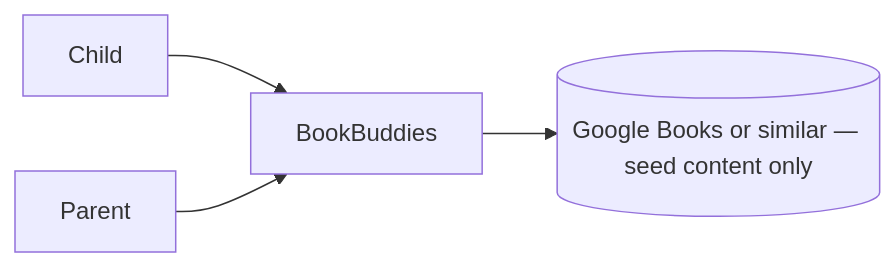
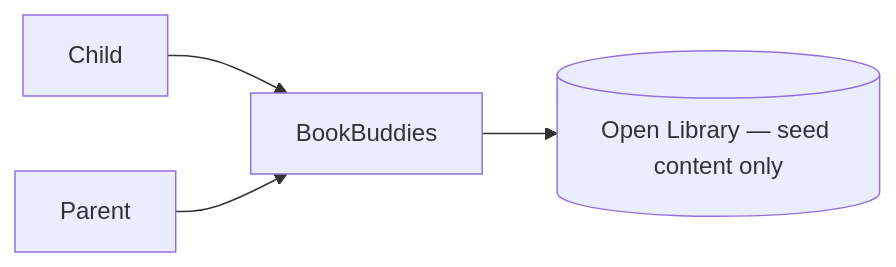
Before and after one commit to videogames21/book_buddies: the third of 3 diagrams in docs/requirements/vision-and-scope.md, drawn with Mermaid. The commit also changed other lines of this file and 3 other files, not shown here.

````diff
--- a/docs/requirements/vision-and-scope.md
+++ b/docs/requirements/vision-and-scope.md
@@ -181,6 +206,6 @@
 ```mermaid
 flowchart LR
   Child[Child] --> BB[BookBuddies]
   Parent[Parent] --> BB
-  BB --> GB[(Google Books or similar — seed content only)]
+  BB --> OL[(Open Library — seed content only)]
 ```
````
